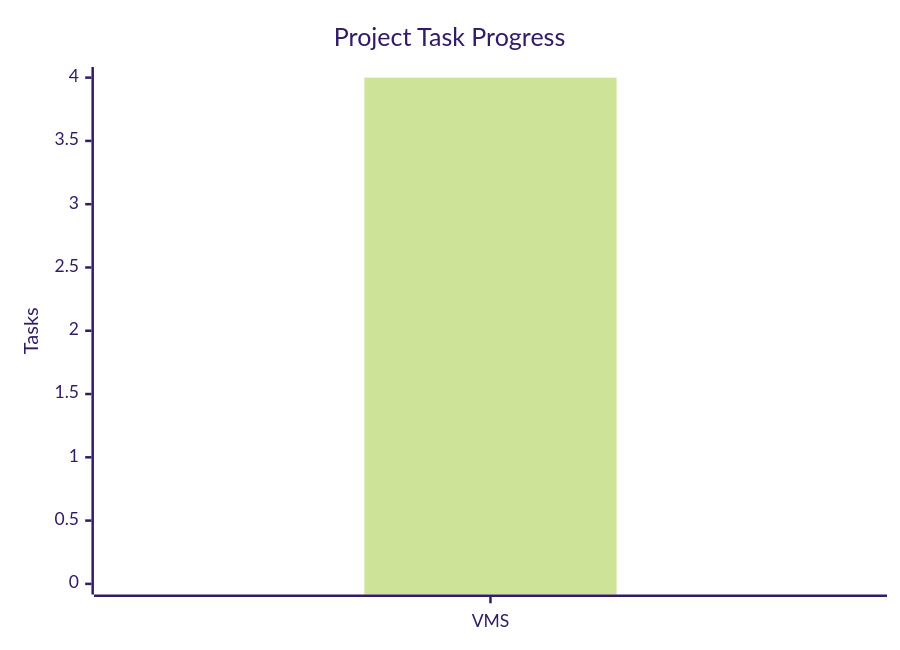
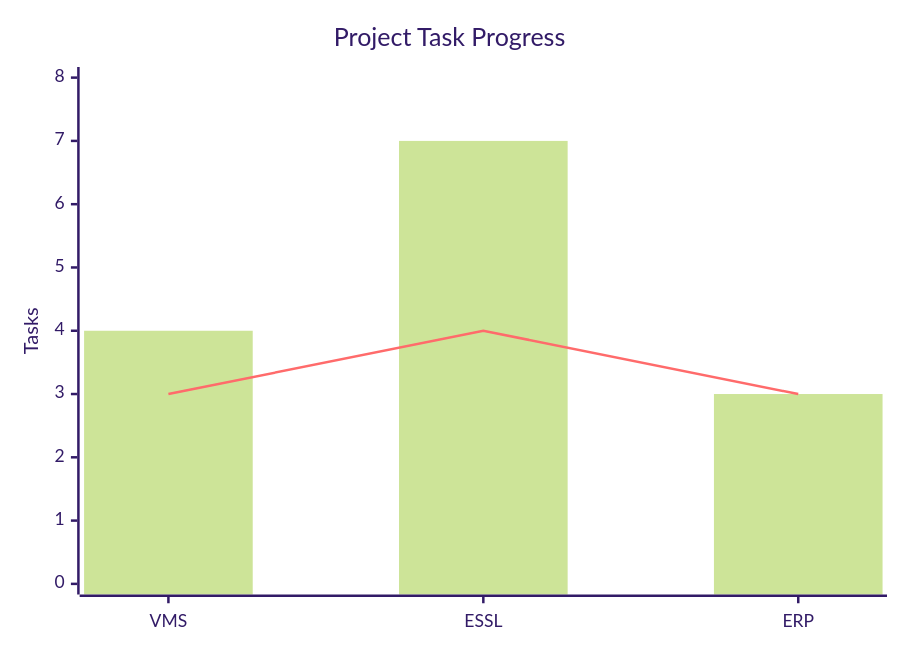
One commit to Realityspeaker/My-Work-Diary changed the second of 2 diagrams in Global_Summary.md. Above: the diagram before and after it, drawn with Mermaid (forest theme). The commit also changed other lines of this file, not shown here.

````diff
--- a/Global_Summary.md
+++ b/Global_Summary.md
@@ -49,8 +57,8 @@
 ```mermaid
 xychart-beta
     title "Project Task Progress"
-    x-axis ["VMS"]
-    y-axis "Tasks" 0 --> 4
-    bar [4]
-    line [3]
+    x-axis ["VMS", "ESSL", "ERP"]
+    y-axis "Tasks" 0 --> 8
+    bar [4, 7, 3]
+    line [3, 4, 3]
 ```
````
